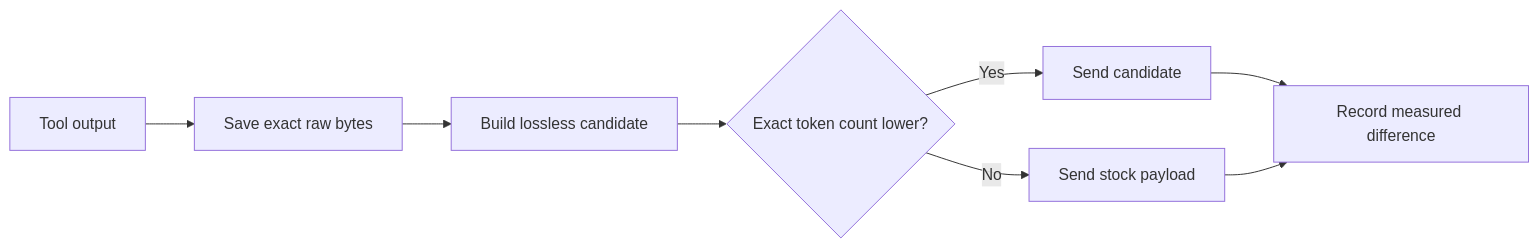
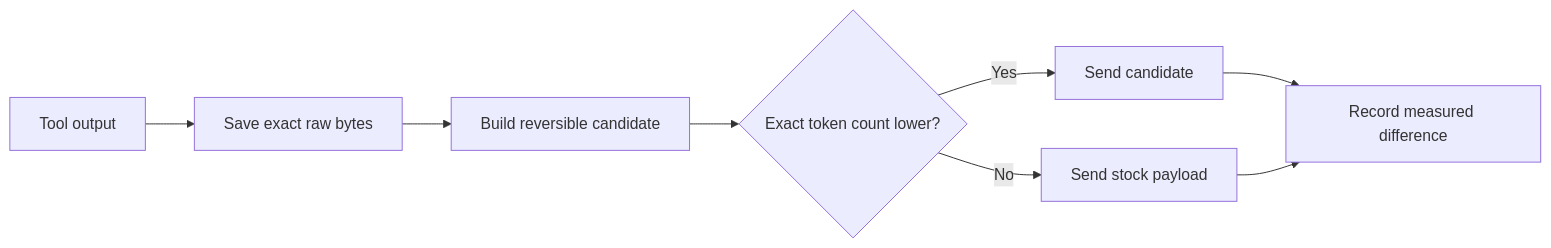
Before and after one commit to Retro2512/CodexZero: the diagram in README.md, drawn with Mermaid. The commit also changed other lines of this file and 28 other files, not shown here.

````diff
--- a/README.md
+++ b/README.md
@@ -56,10 +106,10 @@
 ```mermaid
 flowchart LR
     A["Tool output"] --> B["Save exact raw bytes"]
-    B --> C["Build lossless candidate"]
+    B --> C["Build reversible candidate"]
     C --> D{"Exact token count lower?"}
     D -- Yes --> E["Send candidate"]
     D -- No --> F["Send stock payload"]
     E --> G["Record measured difference"]
     F --> G
 ```
````
